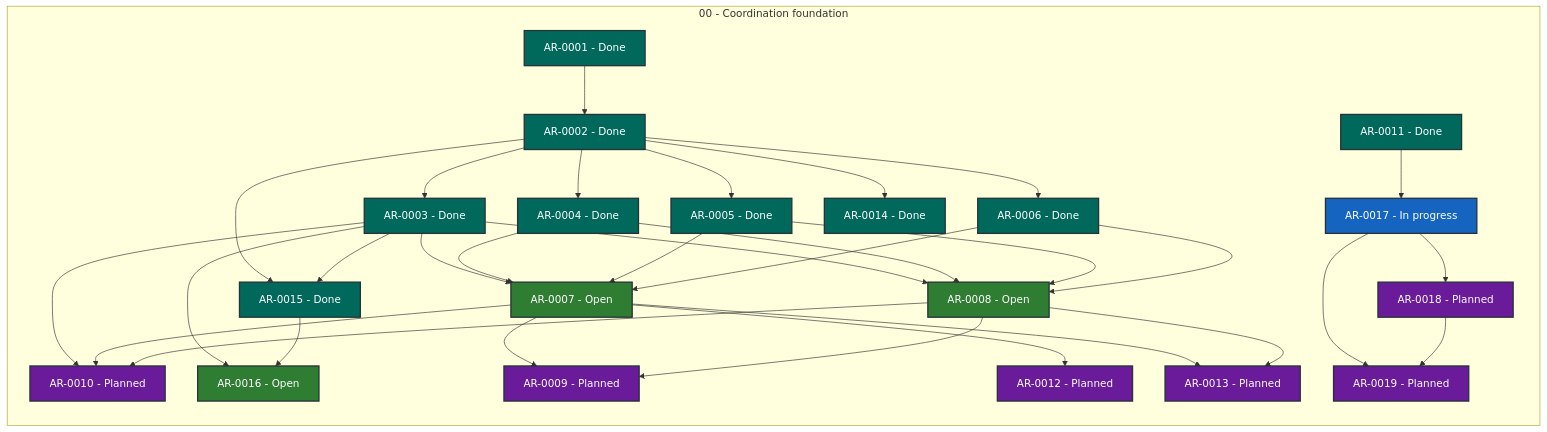
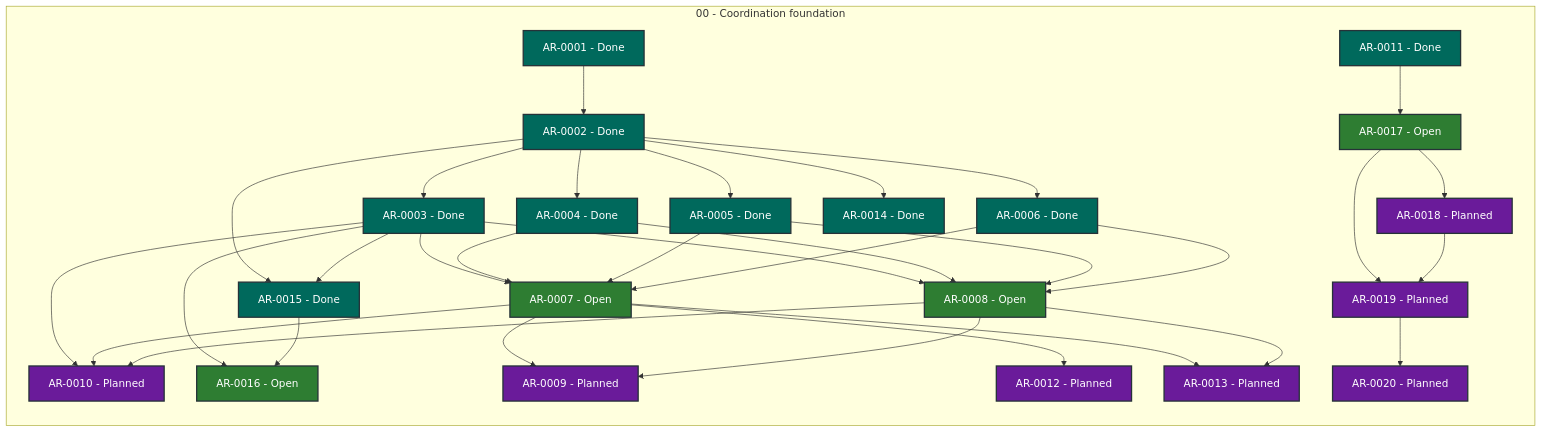
Before and after one commit to martin-beck/agent-workflow-coordinator-state: the diagram in STATUS.md, drawn with Mermaid. The commit also changed other lines of this file and 2 other files, not shown here.

````diff
--- a/STATUS.md
+++ b/STATUS.md
@@ -27,63 +27,65 @@
 ```mermaid
 flowchart LR
     subgraph series_00["00 - Coordination foundation"]
         direction TB
         AR_0001["AR-0001 - Done"]:::status_done
         AR_0002["AR-0002 - Done"]:::status_done
         AR_0003["AR-0003 - Done"]:::status_done
         AR_0004["AR-0004 - Done"]:::status_done
         AR_0005["AR-0005 - Done"]:::status_done
         AR_0006["AR-0006 - Done"]:::status_done
         AR_0007["AR-0007 - Open"]:::status_open
         AR_0008["AR-0008 - Open"]:::status_open
         AR_0009["AR-0009 - Planned"]:::status_planned
         AR_0010["AR-0010 - Planned"]:::status_planned
         AR_0011["AR-0011 - Done"]:::status_done
         AR_0012["AR-0012 - Planned"]:::status_planned
         AR_0013["AR-0013 - Planned"]:::status_planned
         AR_0014["AR-0014 - Done"]:::status_done
         AR_0015["AR-0015 - Done"]:::status_done
         AR_0016["AR-0016 - Open"]:::status_open
-        AR_0017["AR-0017 - In progress"]:::status_in_progress
+        AR_0017["AR-0017 - Open"]:::status_open
         AR_0018["AR-0018 - Planned"]:::status_planned
         AR_0019["AR-0019 - Planned"]:::status_planned
+        AR_0020["AR-0020 - Planned"]:::status_planned
     end
     AR_0001 --> AR_0002
     AR_0002 --> AR_0003
     AR_0002 --> AR_0004
     AR_0002 --> AR_0005
     AR_0002 --> AR_0006
     AR_0002 --> AR_0014
     AR_0002 --> AR_0015
     AR_0003 --> AR_0007
     AR_0003 --> AR_0008
     AR_0003 --> AR_0010
     AR_0003 --> AR_0015
     AR_0003 --> AR_0016
     AR_0004 --> AR_0007
     AR_0004 --> AR_0008
     AR_0005 --> AR_0007
     AR_0005 --> AR_0008
     AR_0006 --> AR_0007
     AR_0006 --> AR_0008
     AR_0007 --> AR_0009
     AR_0007 --> AR_0010
     AR_0007 --> AR_0012
     AR_0007 --> AR_0013
     AR_0008 --> AR_0009
     AR_0008 --> AR_0010
     AR_0008 --> AR_0013
     AR_0011 --> AR_0017
     AR_0015 --> AR_0016
     AR_0017 --> AR_0018
     AR_0017 --> AR_0019
     AR_0018 --> AR_0019
+    AR_0019 --> AR_0020
     classDef status_in_progress fill:#1565c0,color:#ffffff,stroke:#263238,stroke-width:2px
     classDef status_open fill:#2e7d32,color:#ffffff,stroke:#263238,stroke-width:2px
     classDef status_blocked fill:#c62828,color:#ffffff,stroke:#263238,stroke-width:2px
     classDef status_planned fill:#6a1b9a,color:#ffffff,stroke:#263238,stroke-width:2px
     classDef status_future fill:#455a64,color:#ffffff,stroke:#263238,stroke-width:2px
     classDef status_done fill:#00695c,color:#ffffff,stroke:#263238,stroke-width:2px
     classDef status_cancelled fill:#616161,color:#ffffff,stroke:#263238,stroke-width:2px
     classDef status_superseded fill:#5d4037,color:#ffffff,stroke:#263238,stroke-width:2px
 ```
````
